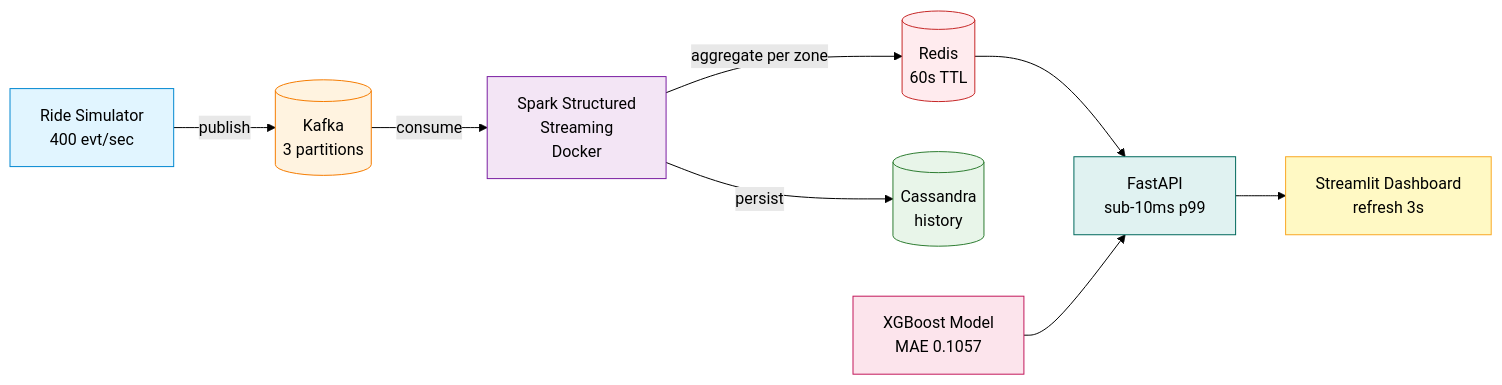
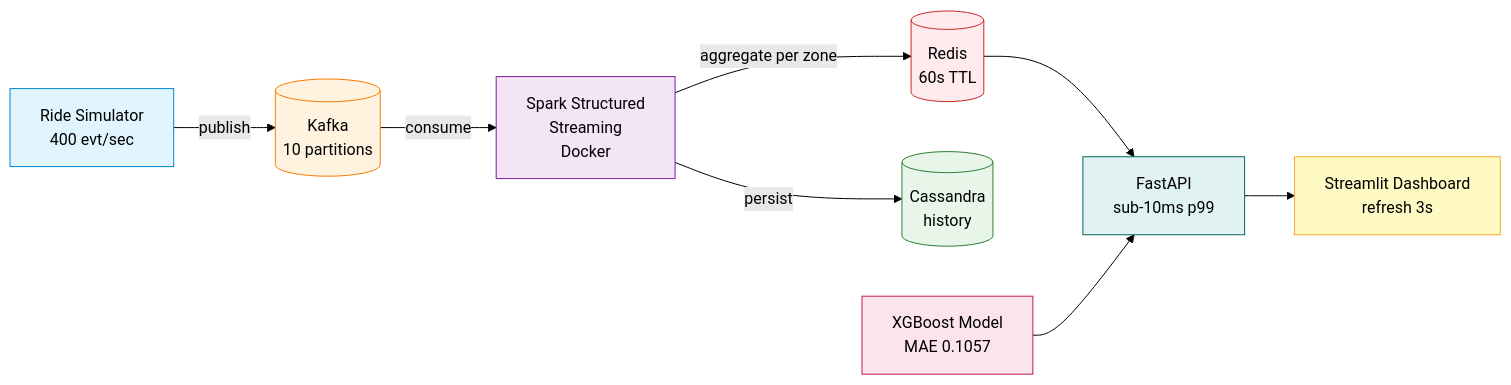
One commit to tejaswini-keerthi/surge-pricing-engine changed the diagram in README.md. Above: the diagram before and after it, drawn with Mermaid (forest theme).

````diff
--- a/README.md
+++ b/README.md
@@ -22,19 +22,19 @@
 ```mermaid
 flowchart LR
-    A[Ride Simulator<br/>400 evt/sec] -->|publish| B[(Kafka<br/>3 partitions)]
+    A[Ride Simulator<br/>400 evt/sec] -->|publish| B[(Kafka<br/>10 partitions)]
     B -->|consume| C[Spark Structured<br/>Streaming<br/>Docker]
     C -->|aggregate per zone| D[(Redis<br/>60s TTL)]
     C -->|persist| E[(Cassandra<br/>history)]
     D --> F[FastAPI<br/>sub-10ms p99]
     G[XGBoost Model<br/>MAE 0.1057] --> F
     F --> H[Streamlit Dashboard<br/>refresh 3s]
     
     style A fill:#e1f5ff,stroke:#0288d1,color:#000
     style B fill:#fff3e0,stroke:#f57c00,color:#000
     style C fill:#f3e5f5,stroke:#7b1fa2,color:#000
     style D fill:#ffebee,stroke:#c62828,color:#000
     style E fill:#e8f5e9,stroke:#2e7d32,color:#000
     style F fill:#e0f2f1,stroke:#00695c,color:#000
     style G fill:#fce4ec,stroke:#c2185b,color:#000
     style H fill:#fff9c4,stroke:#f9a825,color:#000
 ```
````
